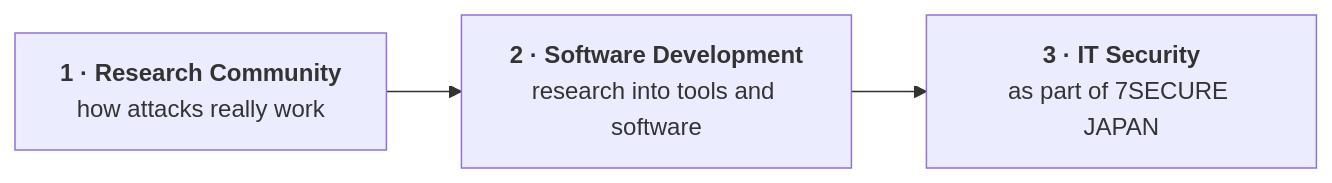
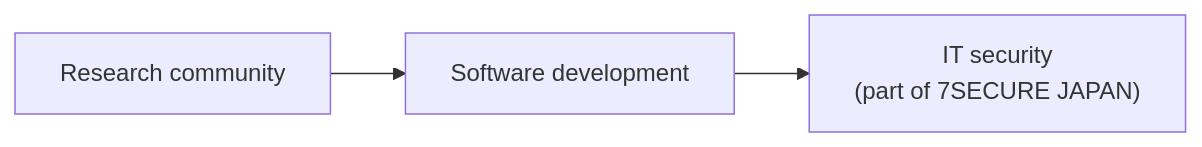
One commit to texnolize-software/based-info changed the diagram in README.md. Above: the diagram before and after it, drawn with Mermaid. The commit also changed other lines of this file, not shown here.

````diff
--- a/README.md
+++ b/README.md
@@ -58,7 +27,4 @@
 ```mermaid
 flowchart LR
-    A["<b>1 · Research Community</b><br/>how attacks really work"]
-    B["<b>2 · Software Development</b><br/>research into tools and software"]
-    C["<b>3 · IT Security</b><br/>as part of 7SECURE JAPAN"]
-    A --> B --> C
+    A["Research community"] --> B["Software development"] --> C["IT security<br/>(part of 7SECURE JAPAN)"]
 ```
````
